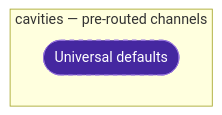
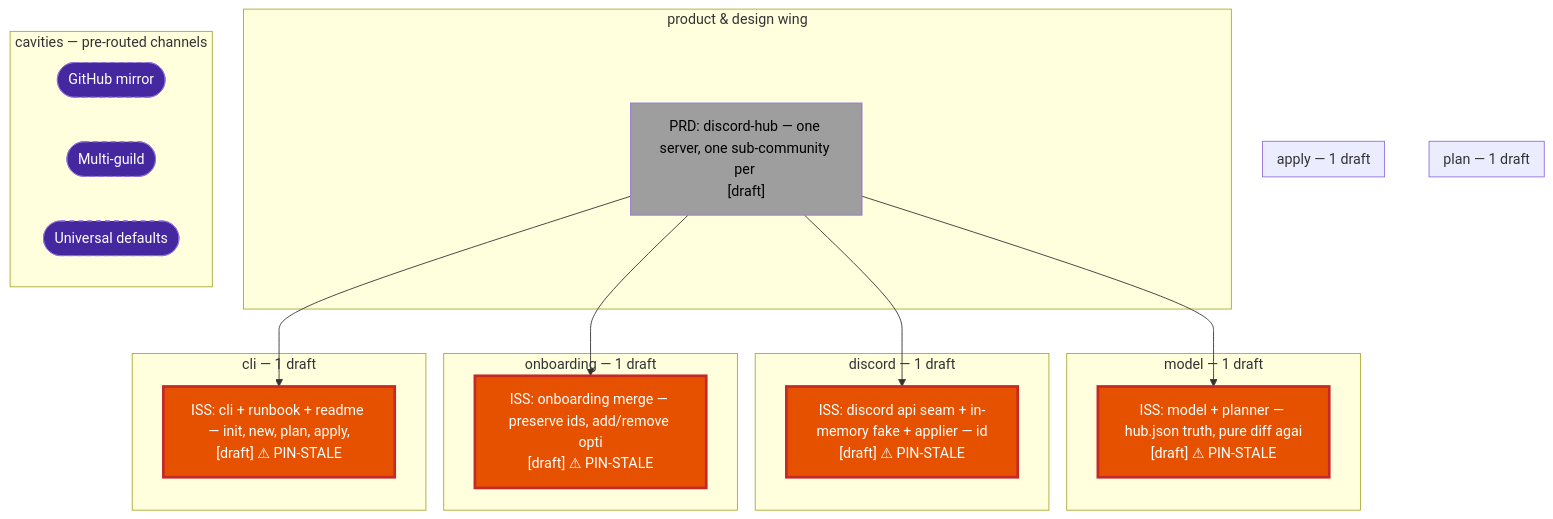
Before and after one commit to ajkatz/discord-hub: the diagram in mural/map.md, drawn with Mermaid. The commit also changed other lines of this file and 19 other files, not shown here.

First line of the commit message:
discord-hub: model, planner, onboarding merge, Discord seam, fake, applier — 36 tests green

````diff
--- a/mural/map.md
+++ b/mural/map.md
@@ -6,16 +6,43 @@
 ```mermaid
 flowchart TD
+    subgraph R_model["model — 1 draft"]
+        ISS_01M4YRK271FFV7JQGVRH31XMB5["ISS: model + planner — hub.json truth, pure diff agai<br/>[draft] ⚠ PIN-STALE"]:::pinstale
+    end
+    subgraph R_plan["plan — 1 draft"]
+        ISS_01M4YRK271FFV7JQGVRH31XMB5["ISS: model + planner — hub.json truth, pure diff agai<br/>[draft] ⚠ PIN-STALE"]:::pinstale
+    end
+    subgraph R_discord["discord — 1 draft"]
+        ISS_01M4YRK28WWY8PXJ54M3MNX4M0["ISS: discord api seam + in-memory fake + applier — id<br/>[draft] ⚠ PIN-STALE"]:::pinstale
+    end
+    subgraph R_apply["apply — 1 draft"]
+        ISS_01M4YRK28WWY8PXJ54M3MNX4M0["ISS: discord api seam + in-memory fake + applier — id<br/>[draft] ⚠ PIN-STALE"]:::pinstale
+    end
+    subgraph R_onboarding["onboarding — 1 draft"]
+        ISS_01M4YRK2AMTS9NS8QGGV8PZRCV["ISS: onboarding merge — preserve ids, add/remove opti<br/>[draft] ⚠ PIN-STALE"]:::pinstale
+    end
+    subgraph R_cli["cli — 1 draft"]
+        ISS_01M4YRK2CD4S2WNDHCEFJPFZVH["ISS: cli + runbook + readme — init, new, plan, apply,<br/>[draft] ⚠ PIN-STALE"]:::pinstale
+    end
+    subgraph WING["product & design wing"]
+        PRD_01M4YRFMPVGJJ0XENSA97NBGBW["PRD: discord-hub — one server, one sub-community per <br/>[draft]"]:::draft
+    end
     subgraph CAV["cavities — pre-routed channels"]
+        C_GitHub_mirror(["GitHub mirror"]):::cavity
+        C_Multi_guild(["Multi-guild"]):::cavity
         C_Universal_defaults(["Universal defaults"]):::cavity
     end
+    PRD_01M4YRFMPVGJJ0XENSA97NBGBW --> ISS_01M4YRK271FFV7JQGVRH31XMB5
+    PRD_01M4YRFMPVGJJ0XENSA97NBGBW --> ISS_01M4YRK28WWY8PXJ54M3MNX4M0
+    PRD_01M4YRFMPVGJJ0XENSA97NBGBW --> ISS_01M4YRK2AMTS9NS8QGGV8PZRCV
+    PRD_01M4YRFMPVGJJ0XENSA97NBGBW --> ISS_01M4YRK2CD4S2WNDHCEFJPFZVH
     classDef done fill:#2e7d32,color:#fff
     classDef ready fill:#1565c0,color:#fff
     classDef inprog fill:#f9a825,color:#000
     classDef draft fill:#9e9e9e,color:#000
     classDef bad fill:#c62828,color:#fff
     classDef active fill:#00695c,color:#fff
     classDef other fill:#6a1b9a,color:#fff
     classDef pinstale fill:#e65100,color:#fff,stroke:#c62828,stroke-width:3px
     classDef cavity fill:#4527a0,color:#fff,stroke-dasharray: 5 5
     classDef empty fill:transparent,stroke:transparent
 ```
````
